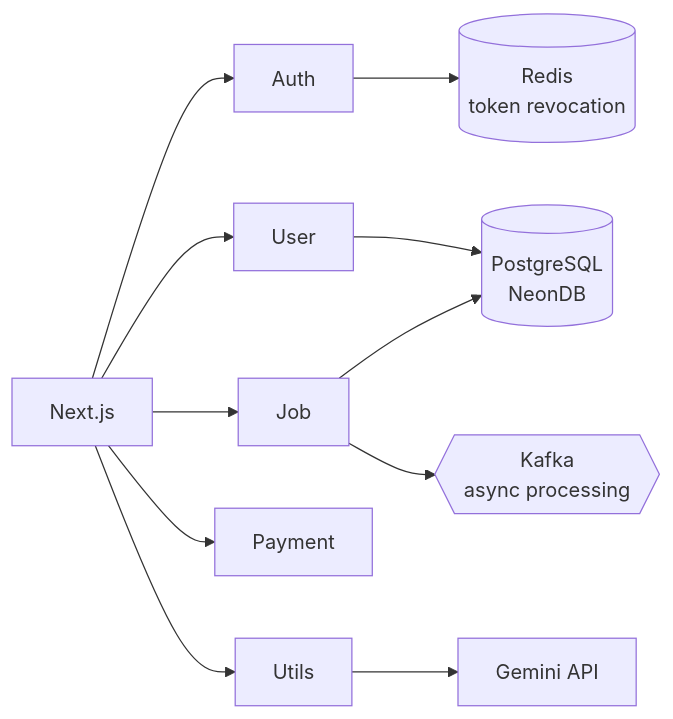
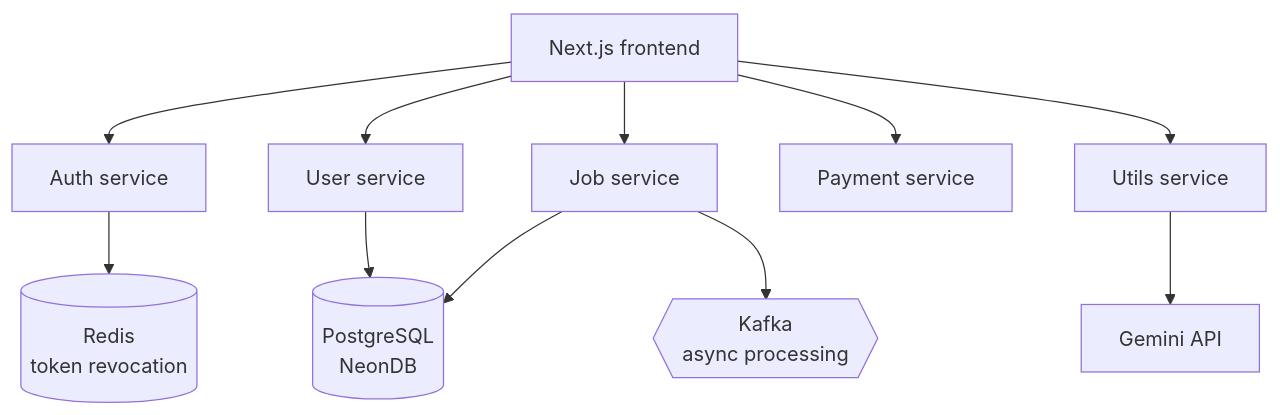
One commit to Suraj854204/Suraj854204 changed the sixth of 8 diagrams in README.md. Above: the diagram before and after it, drawn with Mermaid. The commit also changed other lines of this file, not shown here.

````diff
--- a/README.md
+++ b/README.md
@@ -284,13 +249,13 @@
 ```mermaid
-flowchart LR
-    FE["Next.js"] --> A["Auth"]
-    FE --> U["User"]
-    FE --> J["Job"]
-    FE --> P["Payment"]
-    FE --> T["Utils"]
+flowchart TD
+    FE["Next.js frontend"] --> A["Auth service"]
+    FE --> U["User service"]
+    FE --> J["Job service"]
+    FE --> P["Payment service"]
+    FE --> T["Utils service"]
     A --> RD[("Redis<br/>token revocation")]
     J --> K{{"Kafka<br/>async processing"}}
     U --> PG[("PostgreSQL<br/>NeonDB")]
     J --> PG
     T --> GM["Gemini API"]
 ```
````
